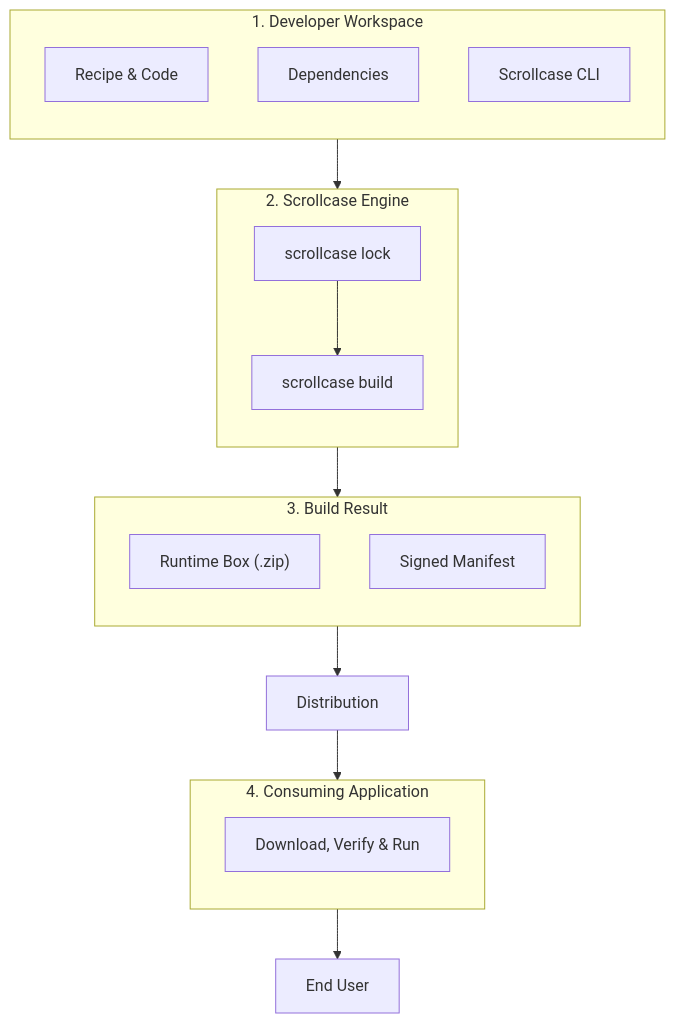
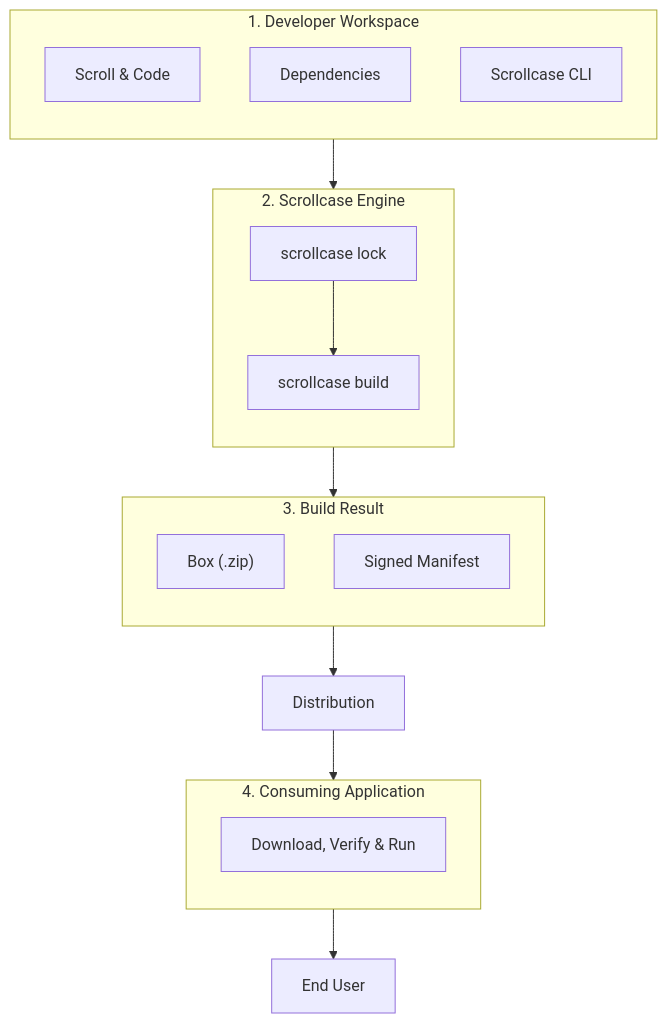
The diagram in docs/getting-started/tl-dr.md (Suffro/scrollcase), drawn with Mermaid before and after one commit. The commit also changed other lines of this file and 96 other files, not shown here.

````diff
--- a/docs/getting-started/tl-dr.md
+++ b/docs/getting-started/tl-dr.md
@@ -18,31 +18,31 @@
 ```mermaid
 flowchart TB
     subgraph Dev ["1. Developer Workspace"]
         direction TB
-        A["Recipe & Code"]
+        A["Scroll & Code"]
         B["Dependencies"]
         C["Scrollcase CLI"]
     end
 
     subgraph CLI ["2. Scrollcase Engine"]
         direction TB
         D["scrollcase lock"] --> E["scrollcase build"]
     end
 
     subgraph Package ["3. Build Result"]
         direction TB
-        F["Runtime Box (.zip)"]
+        F["Box (.zip)"]
         G["Signed Manifest"]
     end
 
     subgraph Consumer ["4. Consuming Application"]
         direction TB
         H["Download, Verify & Run"]
     end
 
     Dev --> CLI
     CLI --> Package
     Package --> I["Distribution"]
     I["Distribution"] --> Consumer
     Consumer --> L["End User"]
 ```
````
